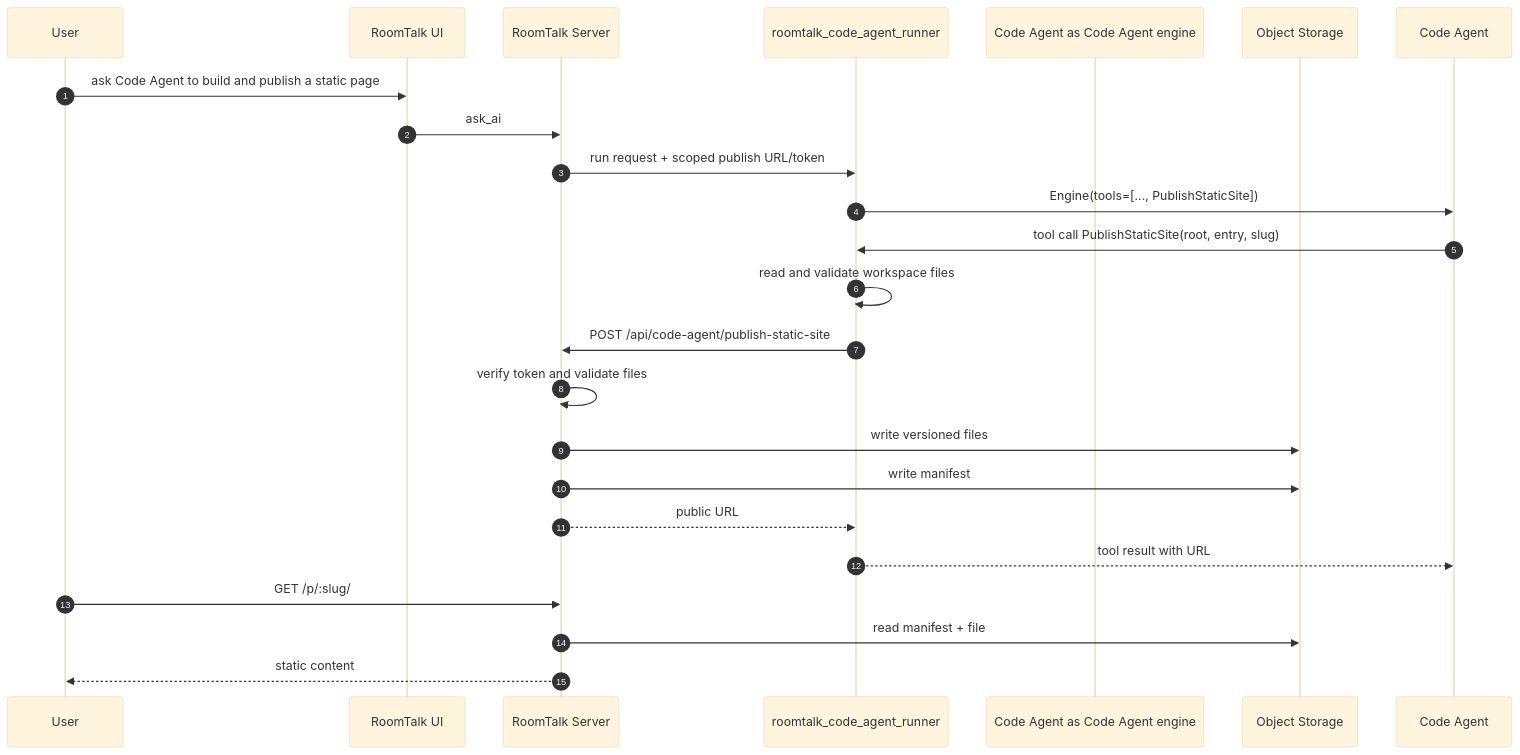
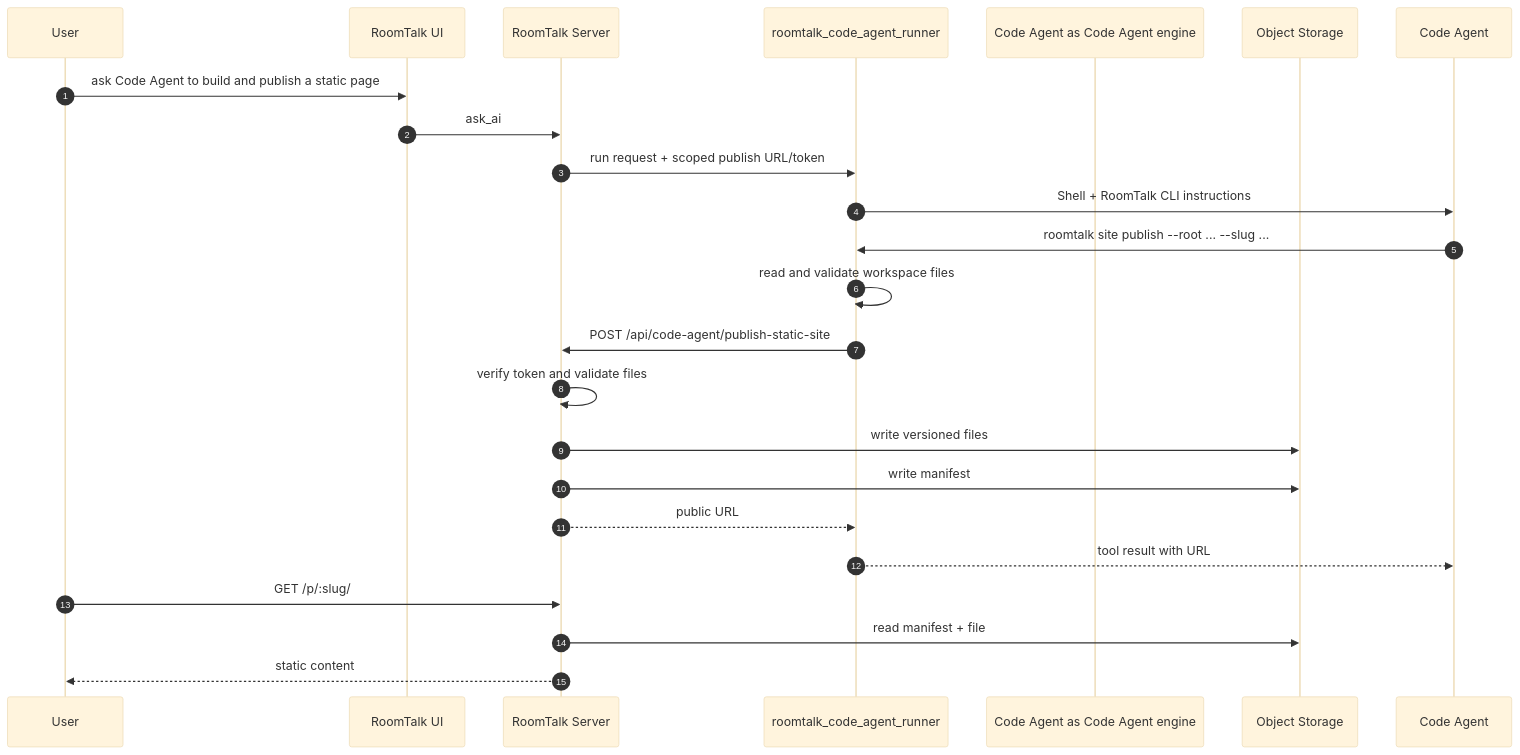
The diagram in docs/code-agent-static-publish-implementation.md (Skymore/roomtalk), drawn with Mermaid (base theme) before and after one commit. The commit also changed other lines of this file and 21 other files, not shown here.

Commit message:
feat: manage static sites through RoomTalk CLI

````diff
--- a/docs/code-agent-static-publish-implementation.md
+++ b/docs/code-agent-static-publish-implementation.md
@@ -7,26 +7,26 @@
 ```mermaid
 sequenceDiagram
     autonumber
     participant User
     participant UI as RoomTalk UI
     participant Node as RoomTalk Server
     participant Runner as roomtalk_code_agent_runner
     participant Code Agent as Code Agent engine
     participant Store as Object Storage
 
     User->>UI: ask Code Agent to build and publish a static page
     UI->>Node: ask_ai
     Node->>Runner: run request + scoped publish URL/token
-    Runner->>Code Agent: Engine(tools=[..., PublishStaticSite])
-    Code Agent->>Runner: tool call PublishStaticSite(root, entry, slug)
+    Runner->>Code Agent: Shell + RoomTalk CLI instructions
+    Code Agent->>Runner: roomtalk site publish --root ... --slug ...
     Runner->>Runner: read and validate workspace files
     Runner->>Node: POST /api/code-agent/publish-static-site
     Node->>Node: verify token and validate files
     Node->>Store: write versioned files
     Node->>Store: write manifest
     Node-->>Runner: public URL
     Runner-->>Code Agent: tool result with URL
     User->>Node: GET /p/:slug/
     Node->>Store: read manifest + file
     Node-->>User: static content
 ```
````
